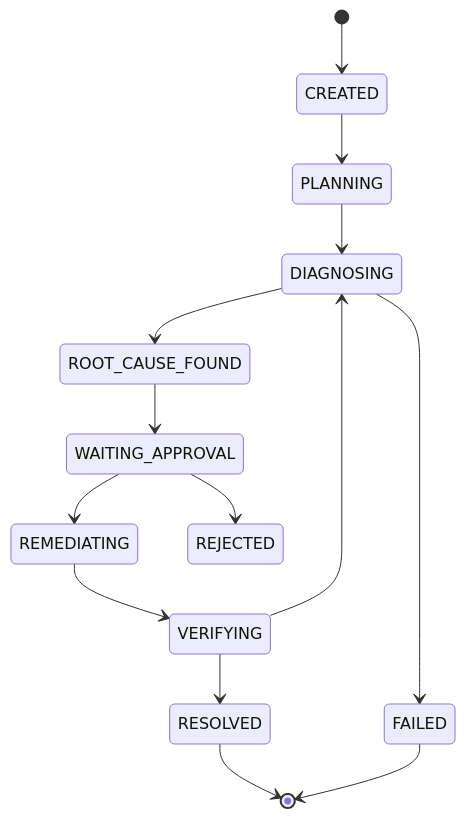
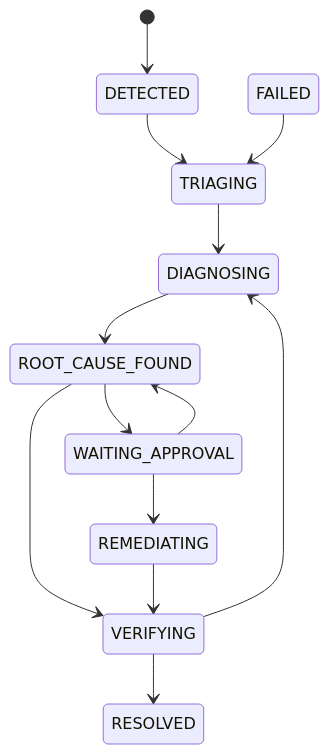
The third of 4 diagrams in docs/architecture.md (wuhuh/AI_SRE), drawn with Mermaid before and after one commit. The commit also changed other lines of this file and 3 other files, not shown here.

First line of the commit message:
docs: P1-DOC-04/05/06/07 rewrite architecture/security/production-audit to match code

````diff
--- a/docs/architecture.md
+++ b/docs/architecture.md
@@ -53,16 +68,15 @@
 ```mermaid
 stateDiagram-v2
-    [*] --> CREATED
-    CREATED --> PLANNING
-    PLANNING --> DIAGNOSING
+    [*] --> DETECTED
+    DETECTED --> TRIAGING
+    TRIAGING --> DIAGNOSING
     DIAGNOSING --> ROOT_CAUSE_FOUND
-    DIAGNOSING --> FAILED
     ROOT_CAUSE_FOUND --> WAITING_APPROVAL
+    ROOT_CAUSE_FOUND --> VERIFYING
     WAITING_APPROVAL --> REMEDIATING
-    WAITING_APPROVAL --> REJECTED
+    WAITING_APPROVAL --> ROOT_CAUSE_FOUND
     REMEDIATING --> VERIFYING
     VERIFYING --> RESOLVED
     VERIFYING --> DIAGNOSING
-    RESOLVED --> [*]
-    FAILED --> [*]
+    FAILED --> TRIAGING
 ```
````
